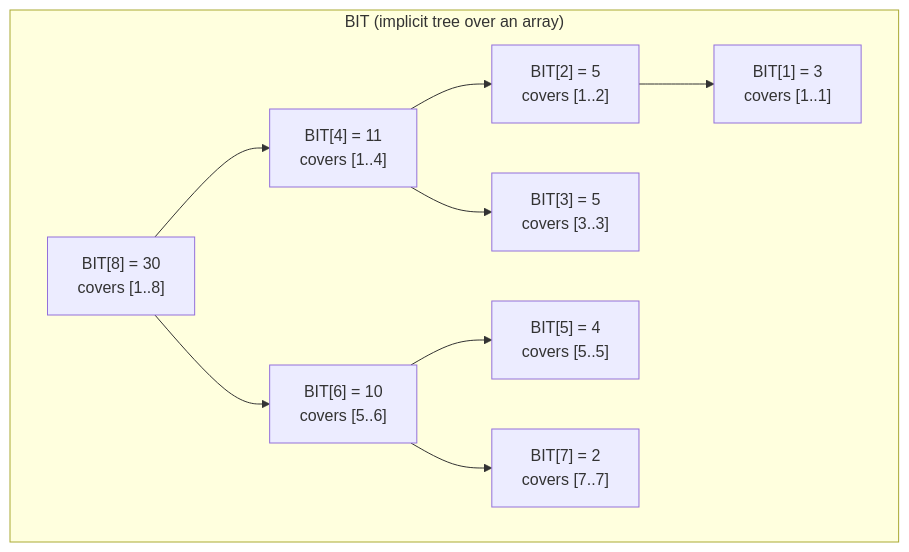
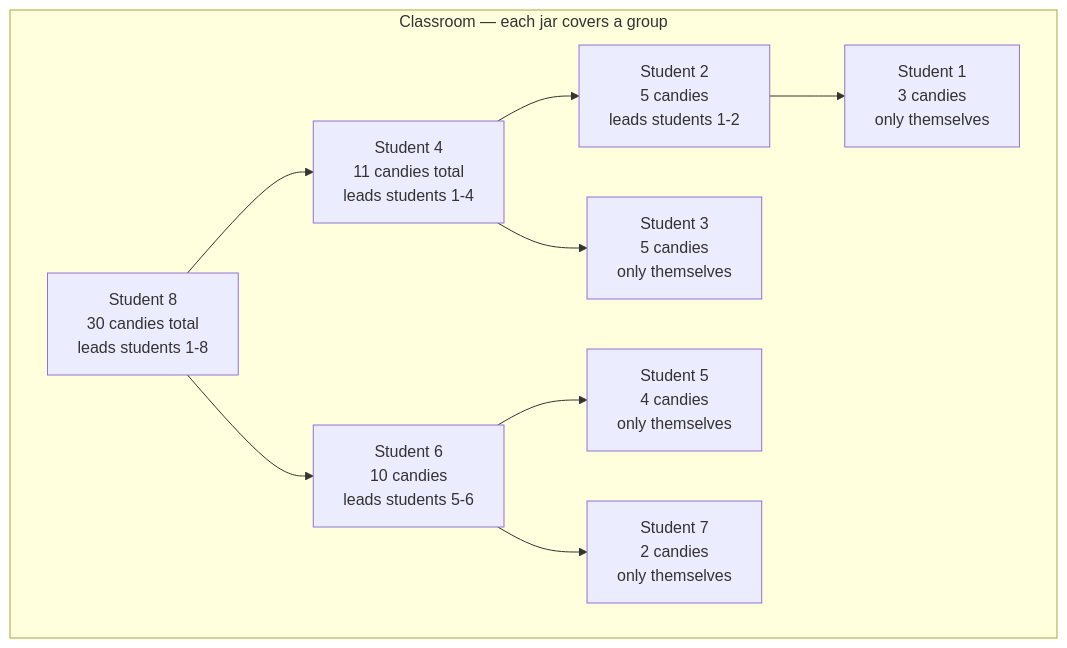
Before and after one commit to wilsondel/dsa-problems: the diagram in README.md, drawn with Mermaid. The commit also changed other lines of this file and 2 other files, not shown here.

````diff
--- a/README.md
+++ b/README.md
@@ -318,21 +303,21 @@
 ```mermaid
 graph TD
-    subgraph BIT["BIT (implicit tree over an array)"]
-        B8["BIT[8] = 30\ncovers [1..8]"]
-        B4["BIT[4] = 11\ncovers [1..4]"]
-        B6["BIT[6] = 10\ncovers [5..6]"]
-        B2["BIT[2] = 5\ncovers [1..2]"]
-        B3["BIT[3] = 5\ncovers [3..3]"]
-        B5["BIT[5] = 4\ncovers [5..5]"]
-        B7["BIT[7] = 2\ncovers [7..7]"]
-        B1["BIT[1] = 3\ncovers [1..1]"]
+    subgraph Classroom["Classroom — each jar covers a group"]
+        S8["Student 8\n30 candies total\nleads students 1-8"]
+        S4["Student 4\n11 candies total\nleads students 1-4"]
+        S6["Student 6\n10 candies\nleads students 5-6"]
+        S2["Student 2\n5 candies\nleads students 1-2"]
+        S3["Student 3\n5 candies\nonly themselves"]
+        S5["Student 5\n4 candies\nonly themselves"]
+        S7["Student 7\n2 candies\nonly themselves"]
+        S1["Student 1\n3 candies\nonly themselves"]
     end
 
-    B8 --> B4
-    B8 --> B6
-    B4 --> B2
-    B4 --> B3
-    B6 --> B5
-    B6 --> B7
-    B2 --> B1
+    S8 --> S4
+    S8 --> S6
+    S4 --> S2
+    S4 --> S3
+    S6 --> S5
+    S6 --> S7
+    S2 --> S1
 ```
````
